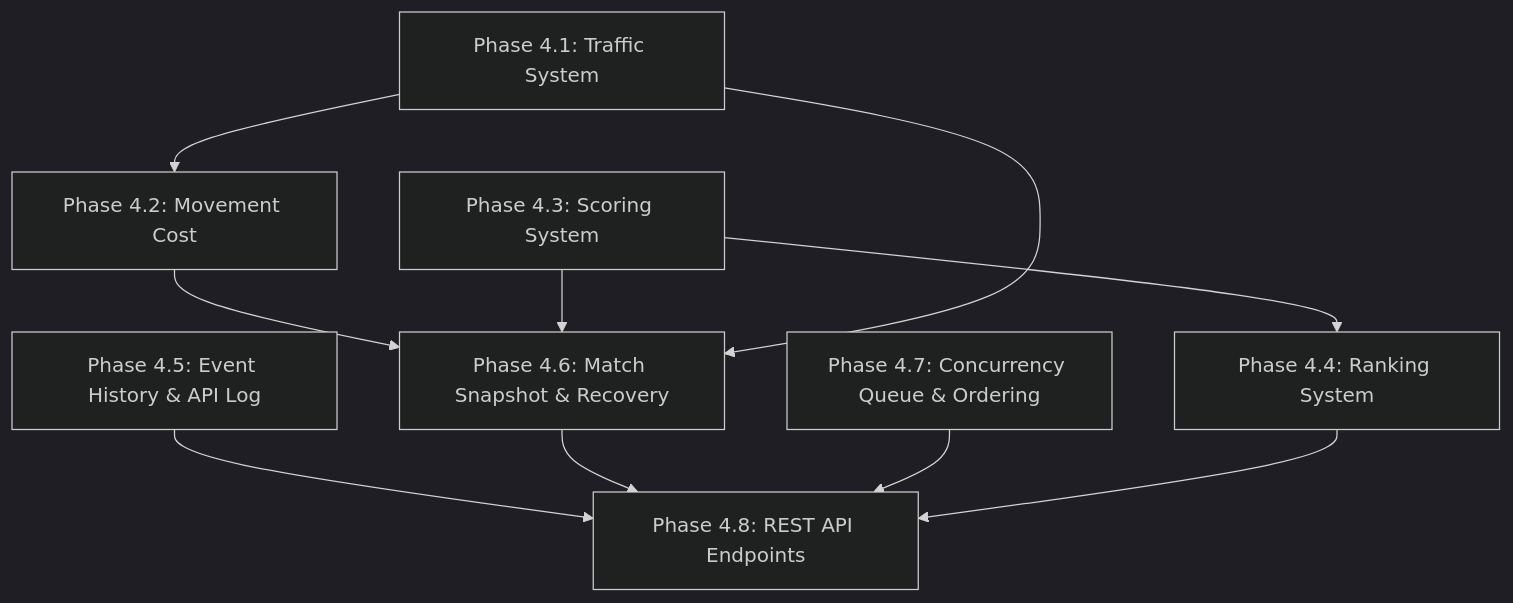
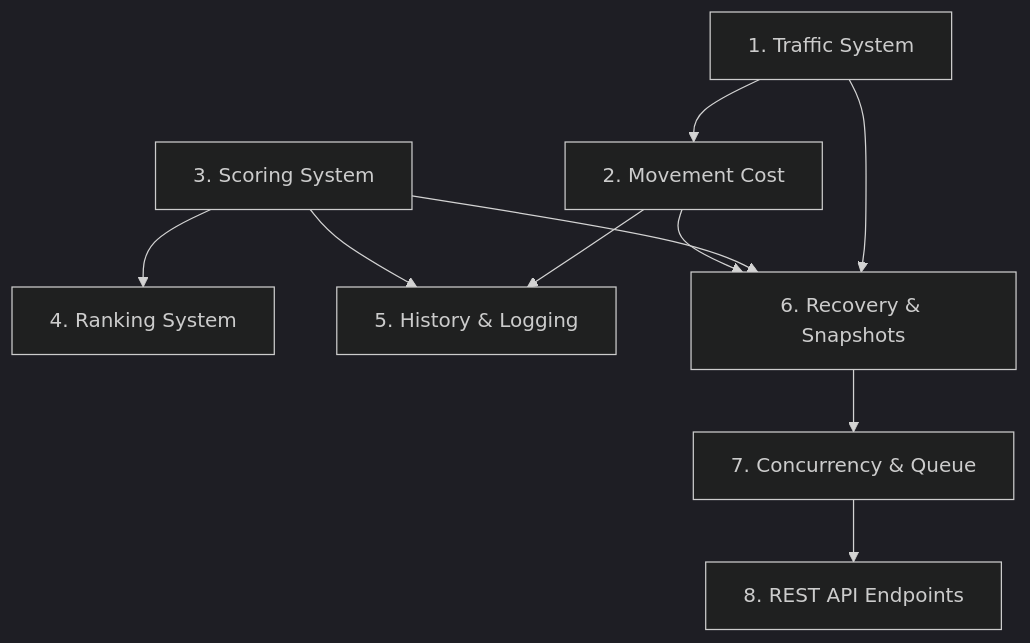
One commit to thing-or-think/hexudon changed the diagram in docs/phase-4-completion/README.md. Above: the diagram before and after it, drawn with Mermaid (dark theme). The commit also changed other lines of this file and 39 other files, not shown here.

First line of the commit message:
refactor(domain): reorganize turn environment and movement cost logic

````diff
--- a/docs/phase-4-completion/README.md
+++ b/docs/phase-4-completion/README.md
@@ -40,17 +42,12 @@
 ```mermaid
 graph TD
-    Traffic[Phase 4.1: Traffic System] --> Movement[Phase 4.2: Movement Cost]
-    Score[Phase 4.3: Scoring System] --> Ranking[Phase 4.4: Ranking System]
-    Logging[Phase 4.5: Event History & API Log]
-    Recovery[Phase 4.6: Match Snapshot & Recovery]
-    Concurrency[Phase 4.7: Concurrency Queue & Ordering]
-    API[Phase 4.8: REST API Endpoints]
-
+    Traffic[1. Traffic System] --> Movement[2. Movement Cost]
+    Score[3. Scoring System] --> Ranking[4. Ranking System]
+    Movement --> History[5. History & Logging]
+    Score --> History
+    Traffic --> Recovery[6. Recovery & Snapshots]
+    Score --> Recovery
     Movement --> Recovery
-    Score --> Recovery
-    Traffic --> Recovery
-    Logging --> API
-    Recovery --> API
-    Concurrency --> API
-    Ranking --> API
+    Recovery --> Concurrency[7. Concurrency & Queue]
+    Concurrency --> API[8. REST API Endpoints]
 ```
````
